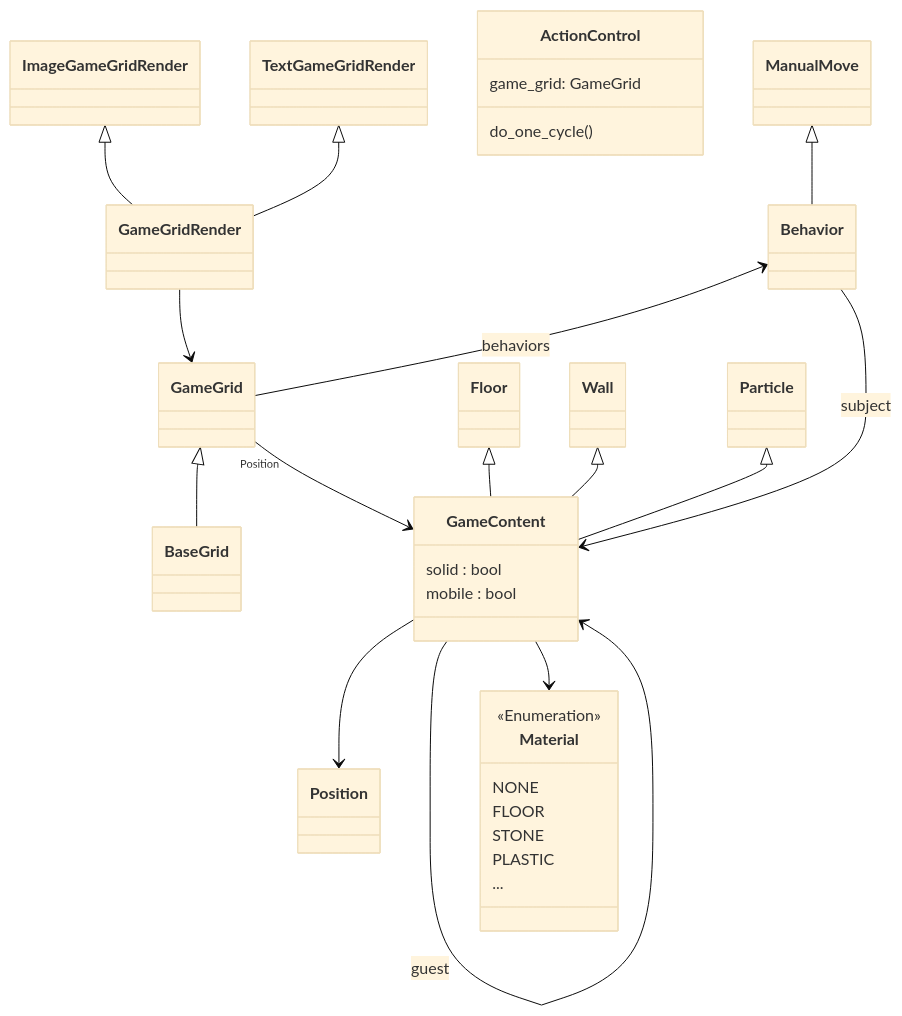
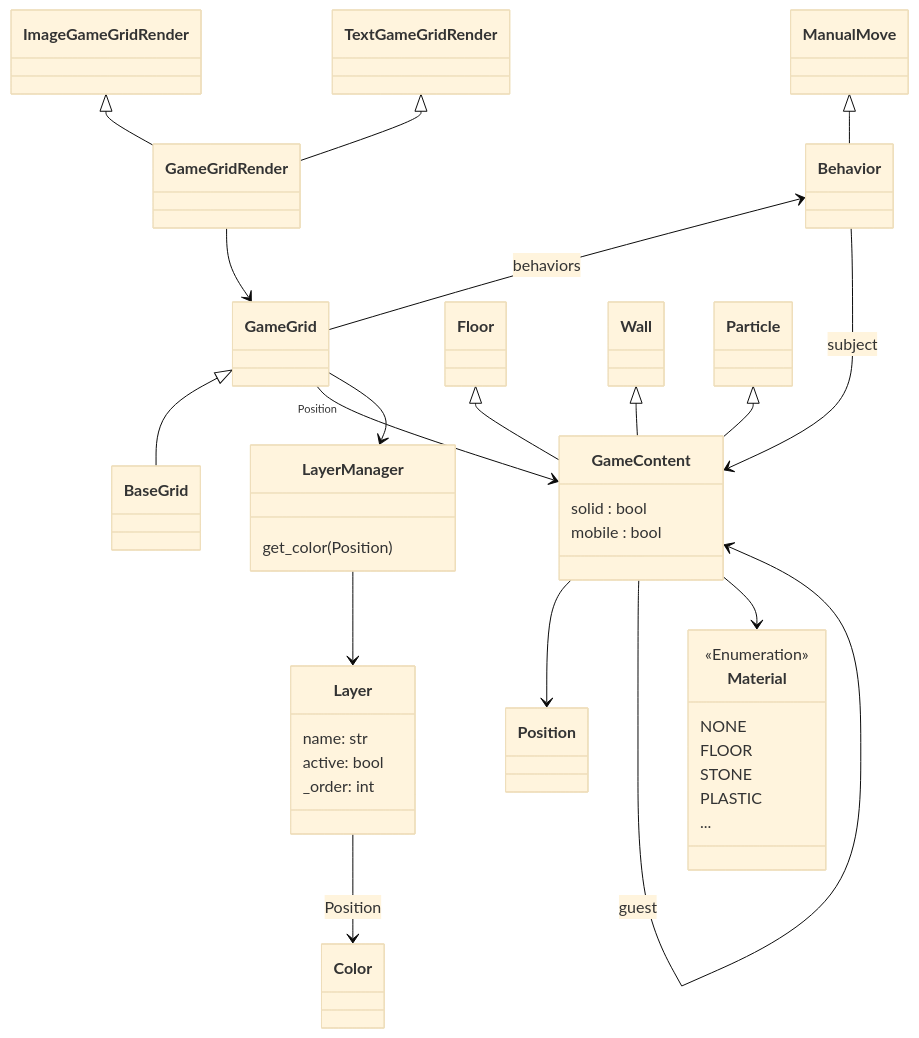
The fourth of 10 diagrams in hello_maze/readme.md (fvbakel/brilliant), drawn with Mermaid (base theme) before and after one commit. The commit also changed 4 other files, not shown here.

````diff
--- a/hello_maze/readme.md
+++ b/hello_maze/readme.md
@@ -110,55 +110,64 @@
 ```mermaid
   classDiagram
     class Material {
         <<Enumeration>>
         NONE
         FLOOR
         STONE
         PLASTIC
         ...
     }
 
     class GameContent {
         solid : bool
         mobile : bool
         
     }
     class GameGrid {
         
     }
 
     GameGrid <|-- BaseGrid
 
     GameGrid "Position" -->  GameContent
     GameContent --> Position
     GameContent --> GameContent : guest
     GameContent --> Material
 
 
+    class Layer {
+        name: str
+        active: bool
+        _order: int
+    }
+    
+    Layer --> Color : Position
+
+    class LayerManager {
+        get_color(Position)
+    }
+    LayerManager --> Layer
+    GameGrid --> LayerManager
+
     class Floor {
     }
     class Wall {
     }
     class Particle {
     }
     
 
     Floor <|-- GameContent
     Wall <|-- GameContent
     Particle <|-- GameContent
 
     GameGridRender --> GameGrid
     ImageGameGridRender <|-- GameGridRender
     TextGameGridRender <|-- GameGridRender
     
-    class ActionControl {
-        game_grid: GameGrid
-        do_one_cycle()
-    }
- 
     Behavior <-- GameGrid : behaviors
     Behavior --> GameContent: subject
     ManualMove <|-- Behavior
     
 
 ```
````
